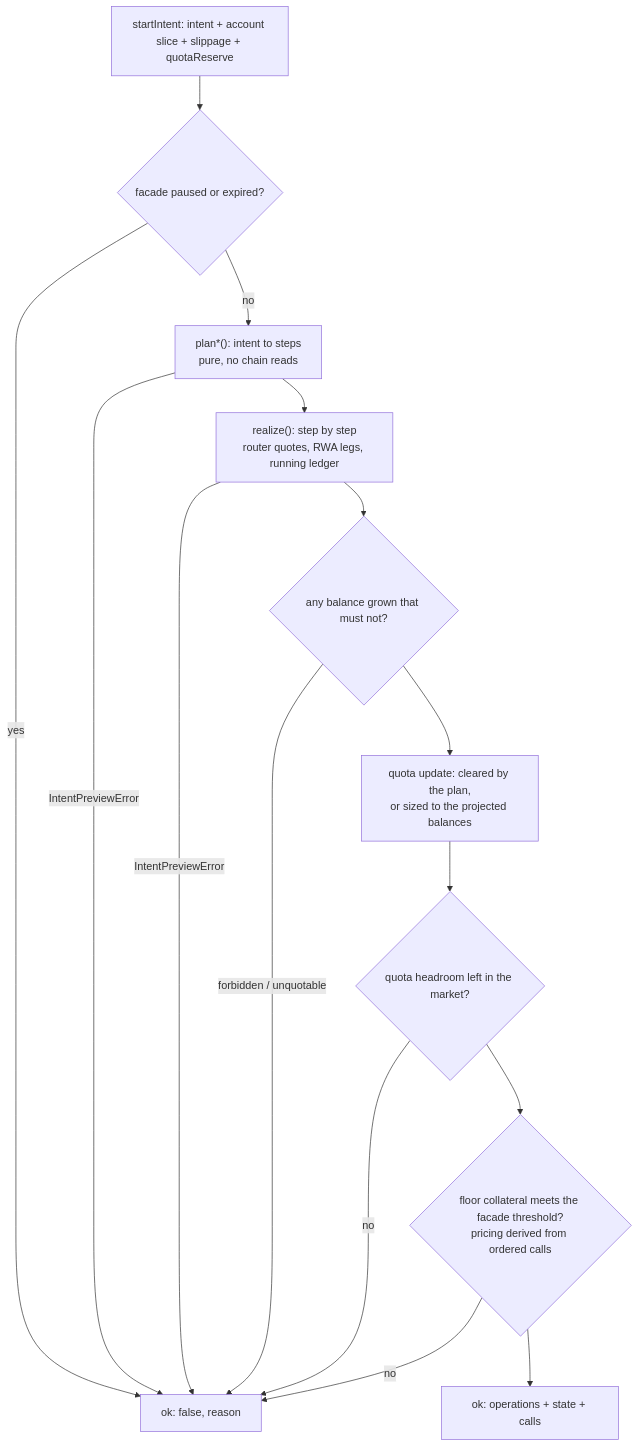
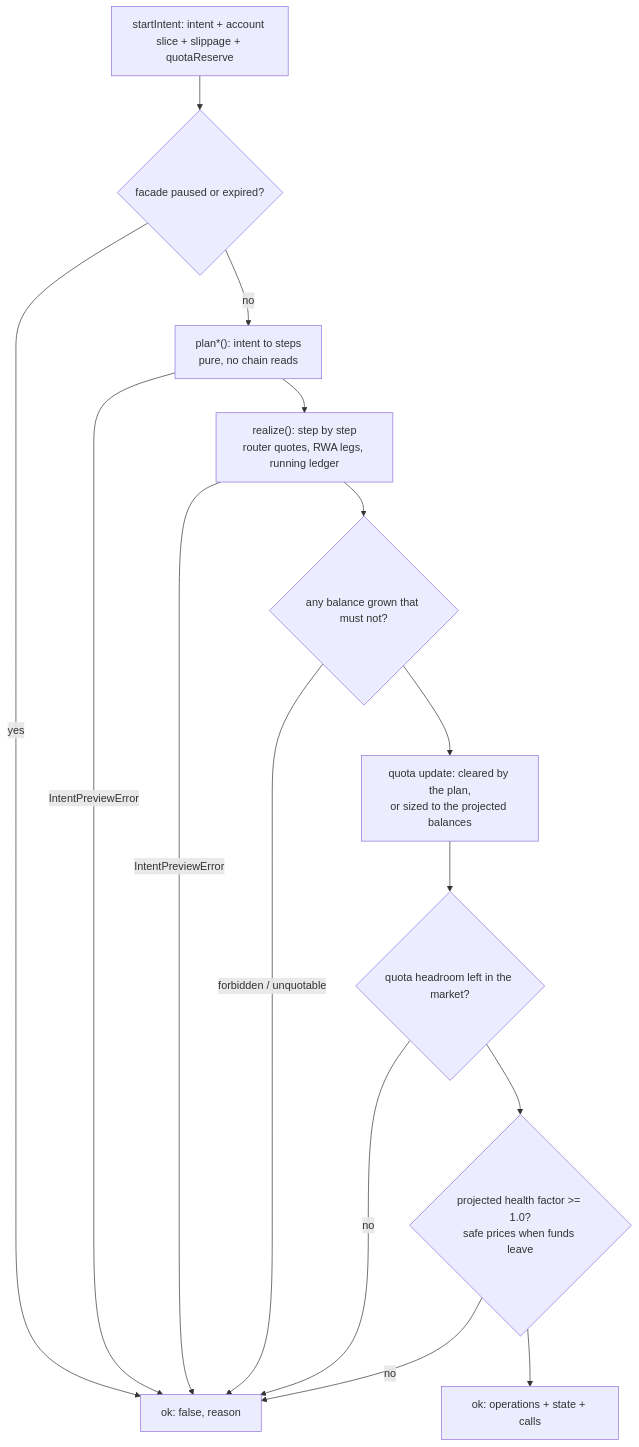
Before and after one commit to Gearbox-protocol/sdk: the first of 3 diagrams in docs/intents/README.md, drawn with Mermaid. The commit also changed other lines of this file and 42 other files, not shown here.

````diff
--- a/docs/intents/README.md
+++ b/docs/intents/README.md
@@ -27,28 +27,28 @@
 ```mermaid
 flowchart TD
   req["startIntent: intent + account slice + slippage + quotaReserve"]
   op{"facade paused or expired?"}
   plan["plan*(): intent to steps<br/>pure, no chain reads"]
   loop["realize(): step by step<br/>router quotes, RWA legs, running ledger"]
   growth{"any balance grown that must not?"}
   quota["quota update: cleared by the plan,<br/>or sized to the projected balances"]
   head{"quota headroom left in the market?"}
-  hf{"floor collateral meets the facade threshold?<br/>pricing derived from ordered calls"}
+  hf{"projected health factor >= 1.0?<br/>safe prices when funds leave"}
   ok["ok: operations + state + calls"]
   no["ok: false, reason"]
 
   req --> op
   op -->|"yes"| no
   op -->|"no"| plan
   plan -->|"IntentPreviewError"| no
   plan --> loop
   loop -->|"IntentPreviewError"| no
   loop --> growth
   growth -->|"forbidden / unquotable"| no
   growth --> quota
   quota --> head
   head -->|"no"| no
   head --> hf
   hf -->|"no"| no
   hf --> ok
 ```
````
